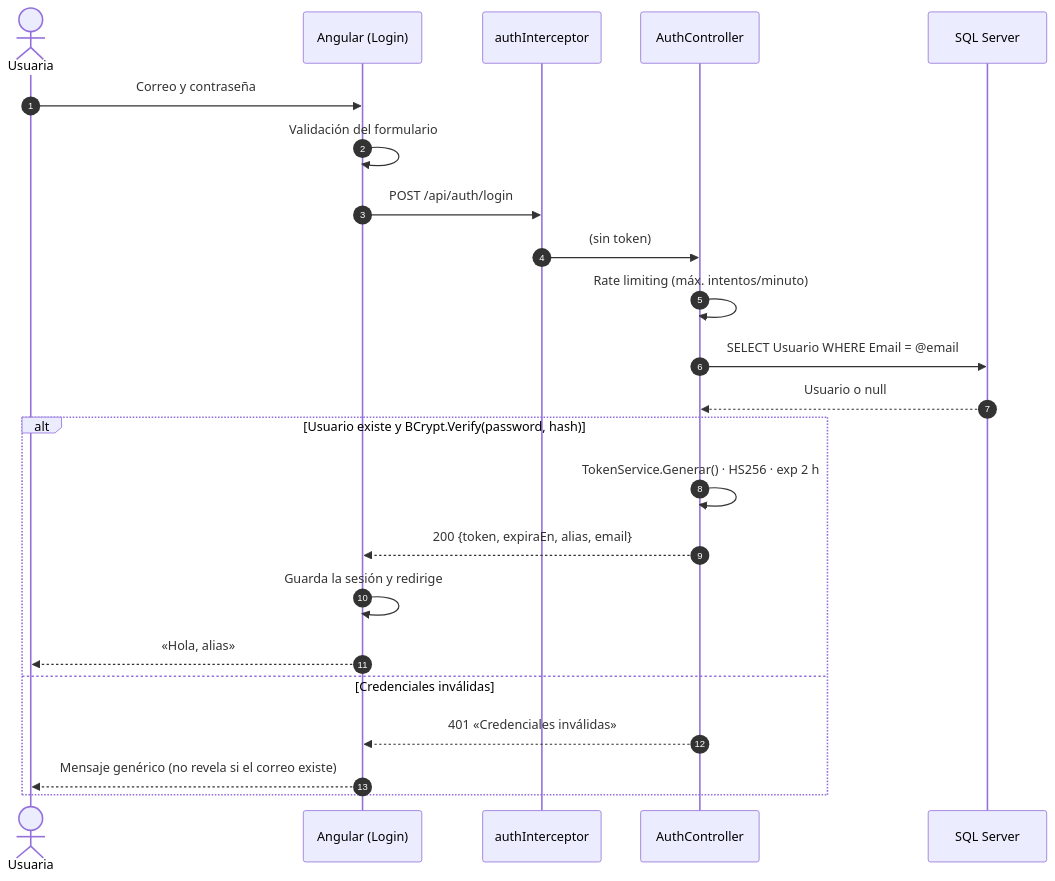
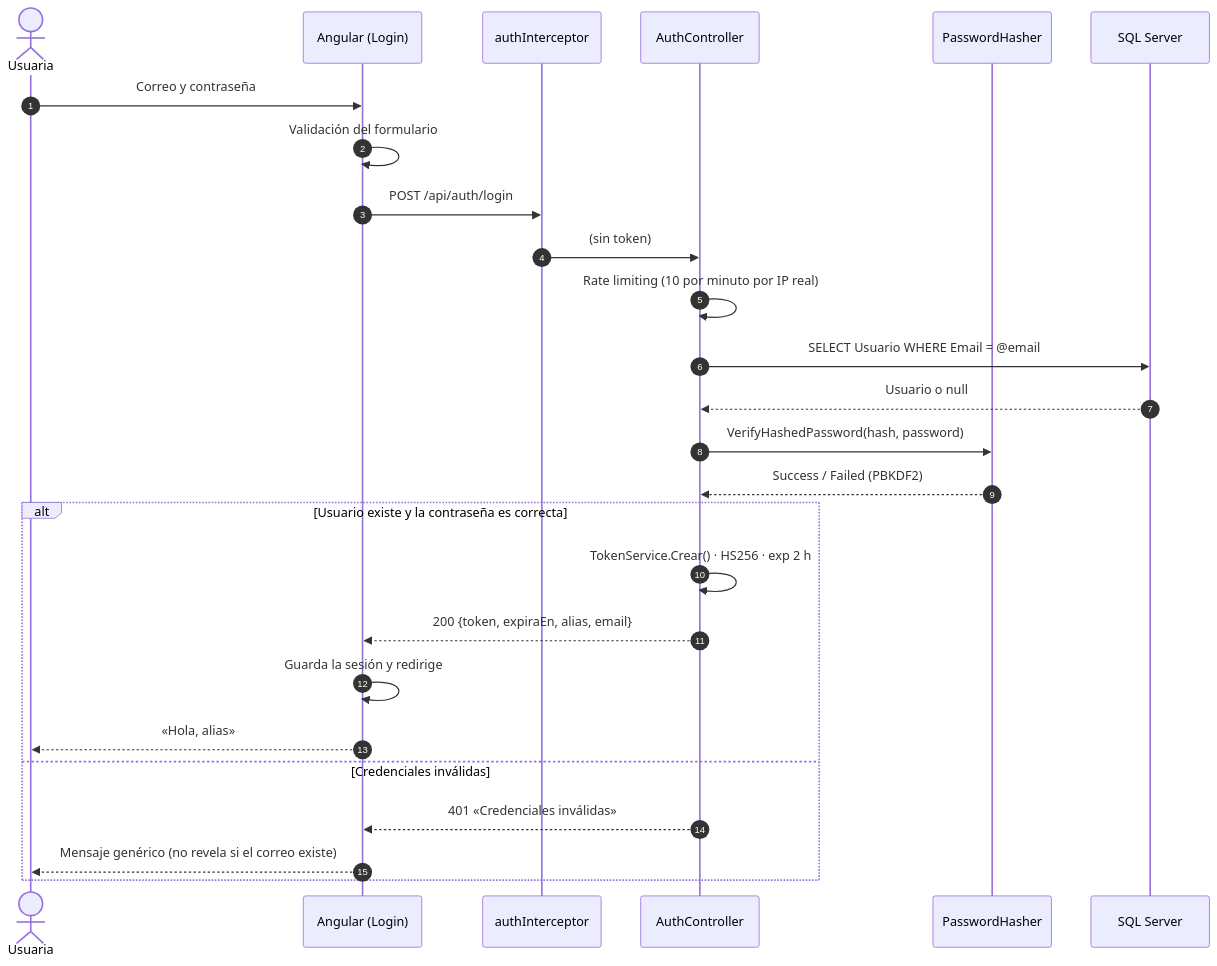
Before and after one commit to sergionieto1604/caminoSeguro: the fifth of 12 diagrams in docs/02-diagramas-uml.md, drawn with Mermaid. The commit also changed other lines of this file and 26 other files, not shown here.

Commit message:
Docs v1.1 alineados con el back real (.NET 8, PBKDF2, 6 categorias), Word en docs/entregables y alias 3-30

````diff
--- a/docs/02-diagramas-uml.md
+++ b/docs/02-diagramas-uml.md
@@ -386,26 +390,29 @@
 ```mermaid
 sequenceDiagram
     autonumber
     actor U as Usuaria
     participant FE as Angular (Login)
     participant INT as authInterceptor
     participant API as AuthController
+    participant H as PasswordHasher
     participant DB as SQL Server
 
     U->>FE: Correo y contraseña
     FE->>FE: Validación del formulario
     FE->>INT: POST /api/auth/login
     INT->>API: (sin token)
-    API->>API: Rate limiting (máx. intentos/minuto)
+    API->>API: Rate limiting (10 por minuto por IP real)
     API->>DB: SELECT Usuario WHERE Email = @email
     DB-->>API: Usuario o null
-    alt Usuario existe y BCrypt.Verify(password, hash)
-        API->>API: TokenService.Generar() · HS256 · exp 2 h
+    API->>H: VerifyHashedPassword(hash, password)
+    H-->>API: Success / Failed (PBKDF2)
+    alt Usuario existe y la contraseña es correcta
+        API->>API: TokenService.Crear() · HS256 · exp 2 h
         API-->>FE: 200 {token, expiraEn, alias, email}
         FE->>FE: Guarda la sesión y redirige
         FE-->>U: «Hola, alias»
     else Credenciales inválidas
         API-->>FE: 401 «Credenciales inválidas»
         FE-->>U: Mensaje genérico (no revela si el correo existe)
     end
 ```
````
